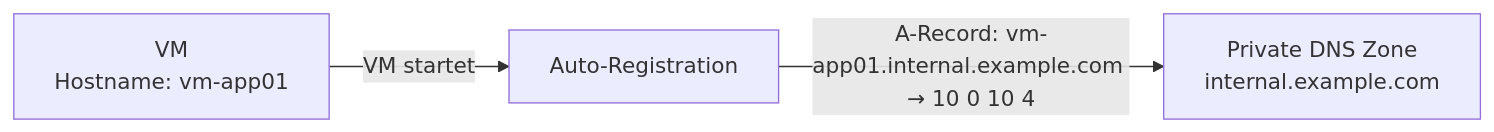
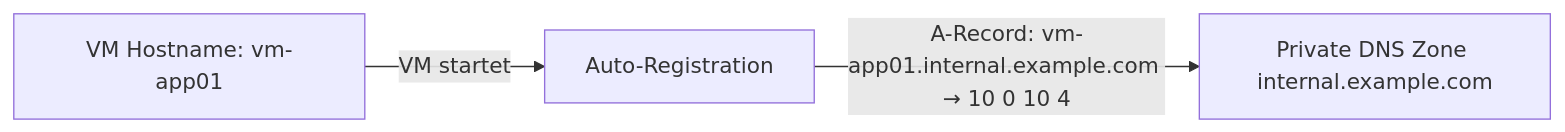
One commit to SoniiiT/notes-n-docs changed the fifth of 8 diagrams in Microsoft 365/Azure/Netzwerk/Azure DNS.md. Above: the diagram before and after it, drawn with Mermaid. The commit also changed other lines of this file and 124 other files, not shown here.

First line of the commit message:
fix: Entferne \n aus allen Mermaid-Diagrammen (125 Dateien)

````diff
--- a/Microsoft 365/Azure/Netzwerk/Azure DNS.md
+++ b/Microsoft 365/Azure/Netzwerk/Azure DNS.md
@@ -185,5 +185,5 @@
 ```mermaid
 graph LR
-    VM[VM\nHostname: vm-app01] -->|VM startet| AUTOREG[Auto-Registration]
-    AUTOREG -->|A-Record: vm-app01.internal.example.com → 10 0 10 4| ZONE[Private DNS Zone\ninternal.example.com]
+    VM[VM Hostname: vm-app01] -->|VM startet| AUTOREG[Auto-Registration]
+    AUTOREG -->|A-Record: vm-app01.internal.example.com → 10 0 10 4| ZONE[Private DNS Zone internal.example.com]
 ```
````
